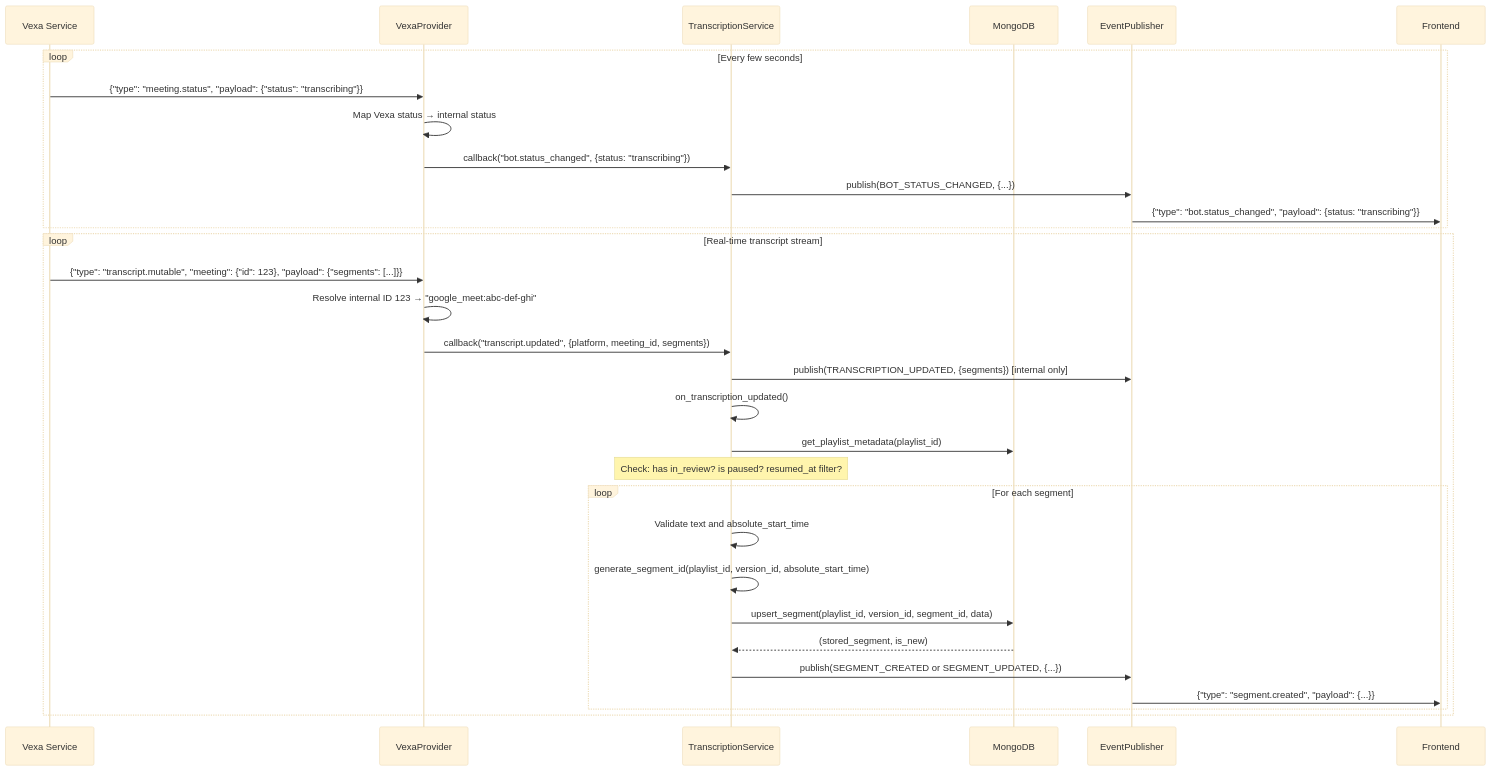
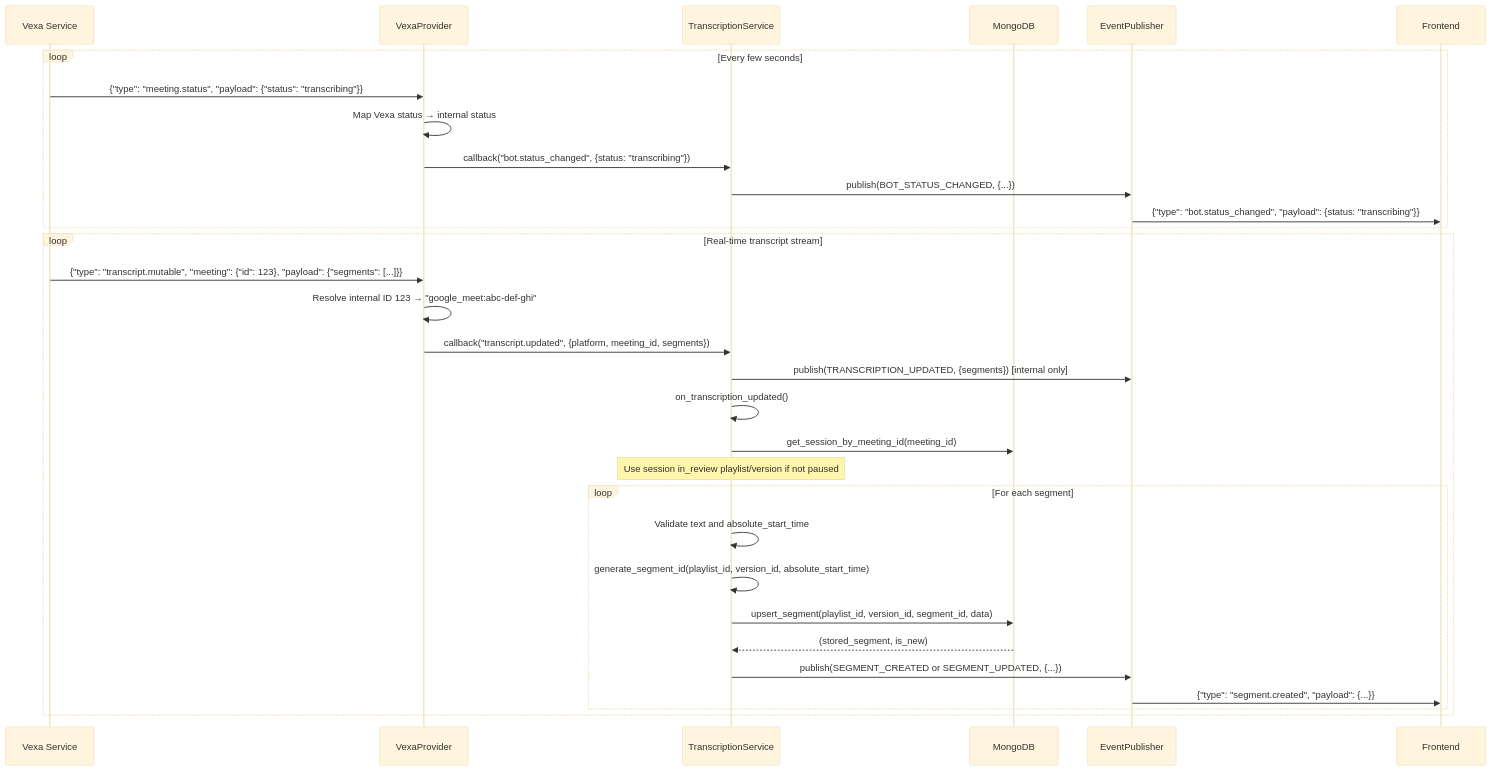
One commit to AcademySoftwareFoundation/dna changed the third of 7 diagrams in backend/docs/TRANSCRIPTION_PIPELINE.md. Above: the diagram before and after it, drawn with Mermaid (base theme). The commit also changed other lines of this file and 99 other files, not shown here.

First line of the commit message:
#258 Add session provider and multi-playlist functionality (#276)

````diff
--- a/backend/docs/TRANSCRIPTION_PIPELINE.md
+++ b/backend/docs/TRANSCRIPTION_PIPELINE.md
@@ -414,36 +420,36 @@
 ```mermaid
 sequenceDiagram
     participant Vexa as Vexa Service
     participant VTP as VexaProvider
     participant TS as TranscriptionService
     participant Mongo as MongoDB
     participant EP as EventPublisher
     participant UI as Frontend
 
     loop Every few seconds
         Vexa->>VTP: {"type": "meeting.status", "payload": {"status": "transcribing"}}
         VTP->>VTP: Map Vexa status → internal status
         VTP->>TS: callback("bot.status_changed", {status: "transcribing"})
         TS->>EP: publish(BOT_STATUS_CHANGED, {...})
         EP->>UI: {"type": "bot.status_changed", "payload": {status: "transcribing"}}
     end
 
     loop Real-time transcript stream
         Vexa->>VTP: {"type": "transcript.mutable", "meeting": {"id": 123}, "payload": {"segments": [...]}}
         VTP->>VTP: Resolve internal ID 123 → "google_meet:abc-def-ghi"
         VTP->>TS: callback("transcript.updated", {platform, meeting_id, segments})
         TS->>EP: publish(TRANSCRIPTION_UPDATED, {segments}) [internal only]
         TS->>TS: on_transcription_updated()
-        TS->>Mongo: get_playlist_metadata(playlist_id)
-        Note over TS: Check: has in_review? is paused? resumed_at filter?
+        TS->>Mongo: get_session_by_meeting_id(meeting_id)
+        Note over TS: Use session in_review playlist/version if not paused
 
         loop For each segment
             TS->>TS: Validate text and absolute_start_time
             TS->>TS: generate_segment_id(playlist_id, version_id, absolute_start_time)
             TS->>Mongo: upsert_segment(playlist_id, version_id, segment_id, data)
             Mongo-->>TS: (stored_segment, is_new)
             TS->>EP: publish(SEGMENT_CREATED or SEGMENT_UPDATED, {...})
             EP->>UI: {"type": "segment.created", "payload": {...}}
         end
     end
 ```
````
